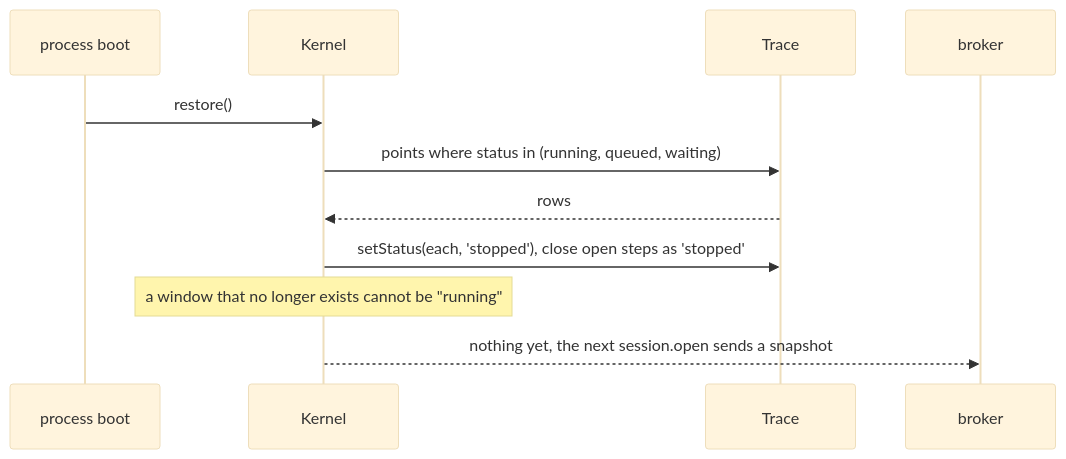
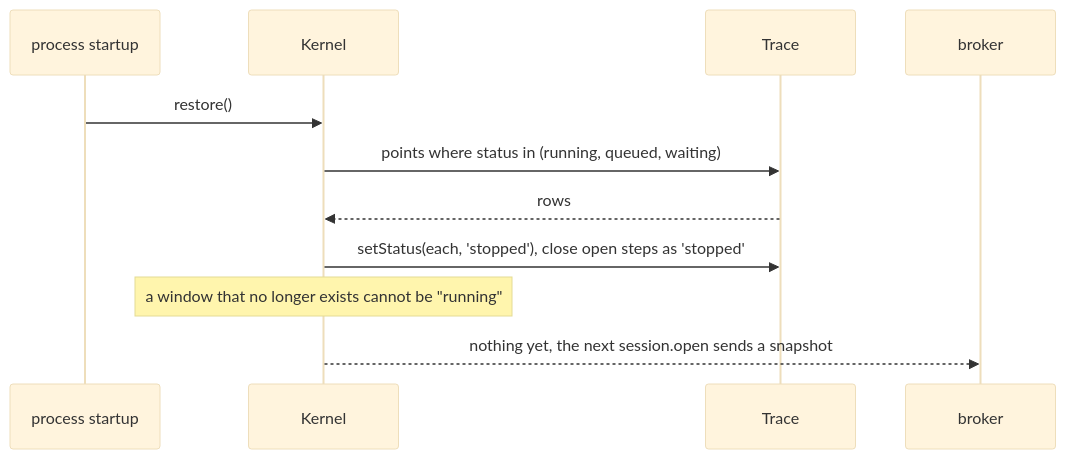
Diagram 14 of 16 in docs/ARCHITECTURE.md (ziyangliu-666/lumen-next), drawn with Mermaid (base theme) before and after one commit. The commit also changed other lines of this file and 17 other files, not shown here.

````diff
--- a/docs/ARCHITECTURE.md
+++ b/docs/ARCHITECTURE.md
@@ -667,13 +667,13 @@
 ```mermaid
 sequenceDiagram
-  participant P as process boot
+  participant P as process startup
   participant K as Kernel
   participant T as Trace
   participant B as broker
   P->>K: restore()
   K->>T: points where status in (running, queued, waiting)
   T-->>K: rows
   K->>T: setStatus(each, 'stopped'), close open steps as 'stopped'
   Note over K: a window that no longer exists cannot be "running"
   K-->>B: nothing yet, the next session.open sends a snapshot
 ```
````
